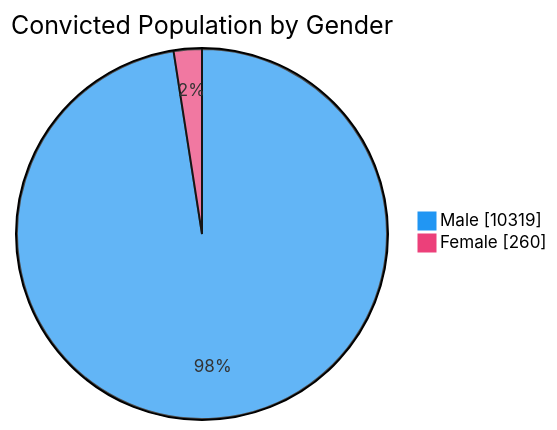
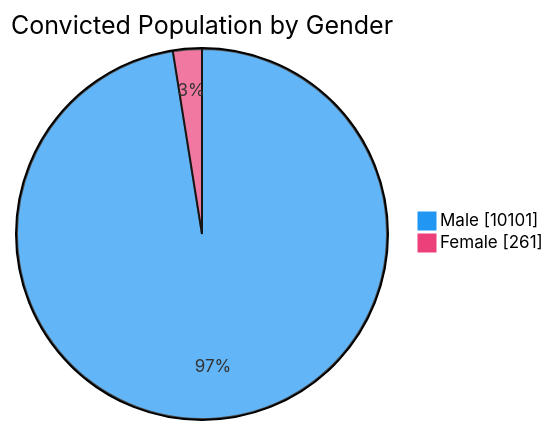
One commit to nuuuwan/lk_prisons changed the third of 7 diagrams in README.md. Above: the diagram before and after it, drawn with Mermaid. The commit also changed other lines of this file and 1 other file, not shown here.

````diff
--- a/README.md
+++ b/README.md
@@ -65,6 +65,6 @@
 ```mermaid
 %%{init: {'themeVariables': {'pie1': '#2196F3', 'pie2': '#EC407A'}}}%%
 pie showData title Convicted Population by Gender
-    "Male" : 10319
-    "Female" : 260
+    "Male" : 10101
+    "Female" : 261
 ```
````
